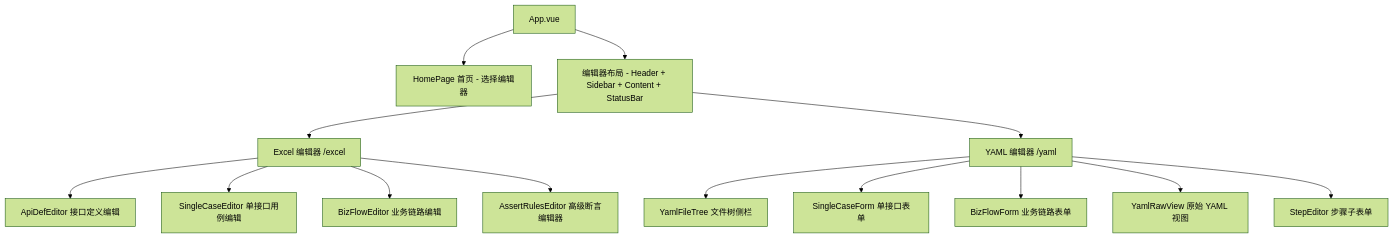
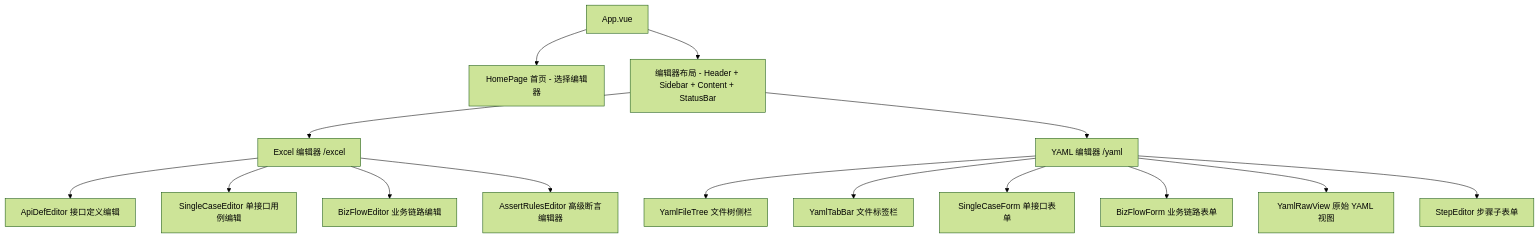
The first of 2 diagrams in case-editor/README.md (Remon-16/flow-forge), drawn with Mermaid (forest theme) before and after one commit. The commit also changed other lines of this file and 18 other files, not shown here.

````diff
--- a/case-editor/README.md
+++ b/case-editor/README.md
@@ -75,19 +76,20 @@
 ```mermaid
 graph TD
     App[App.vue] --> Home[HomePage 首页 - 选择编辑器]
     App --> Layout[编辑器布局 - Header + Sidebar + Content + StatusBar]
 
     Layout --> Excel[Excel 编辑器 /excel]
     Layout --> YAML[YAML 编辑器 /yaml]
 
     Excel --> ApiDefEditor[ApiDefEditor 接口定义编辑]
     Excel --> SingleCaseEditor[SingleCaseEditor 单接口用例编辑]
     Excel --> BizFlowEditor[BizFlowEditor 业务链路编辑]
     Excel --> AssertRulesEditor[AssertRulesEditor 高级断言编辑器]
 
     YAML --> FileTree[YamlFileTree 文件树侧栏]
+    YAML --> TabBar[YamlTabBar 文件标签栏]
     YAML --> SingleForm[SingleCaseForm 单接口表单]
     YAML --> BizForm[BizFlowForm 业务链路表单]
     YAML --> RawView[YamlRawView 原始 YAML 视图]
     YAML --> StepEditor[StepEditor 步骤子表单]
 ```
````
